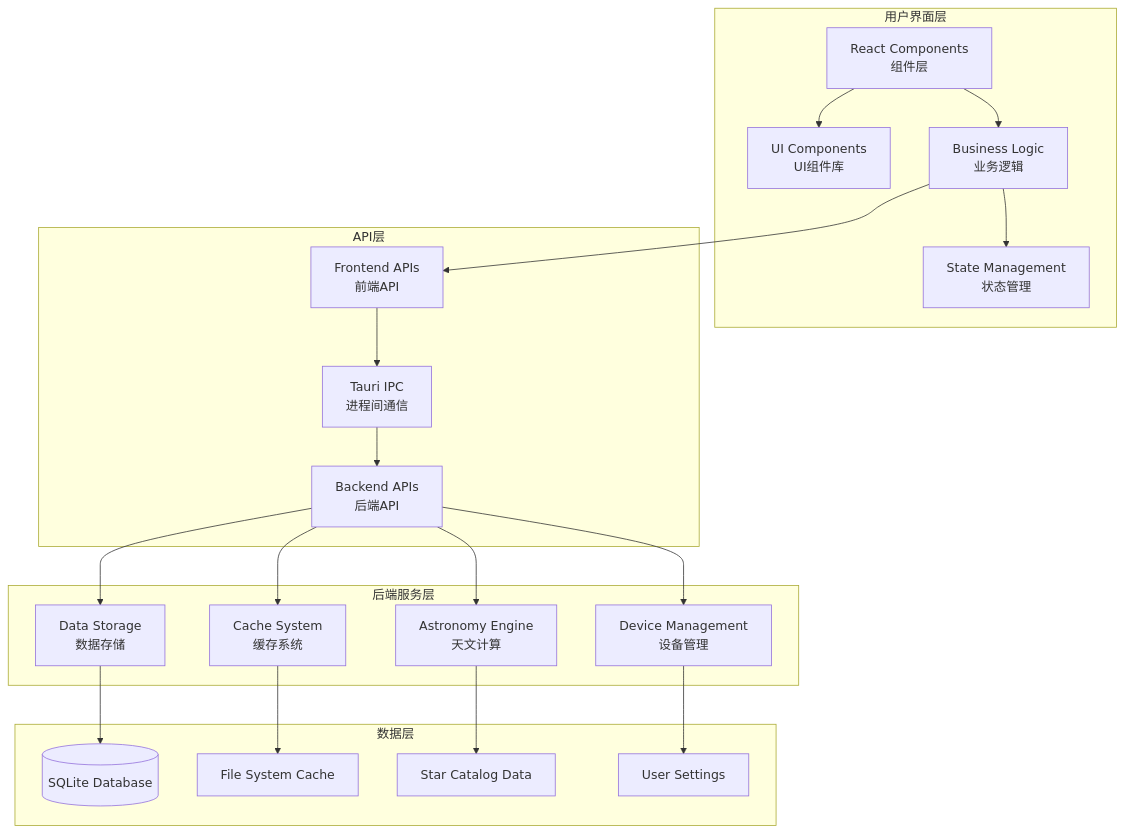
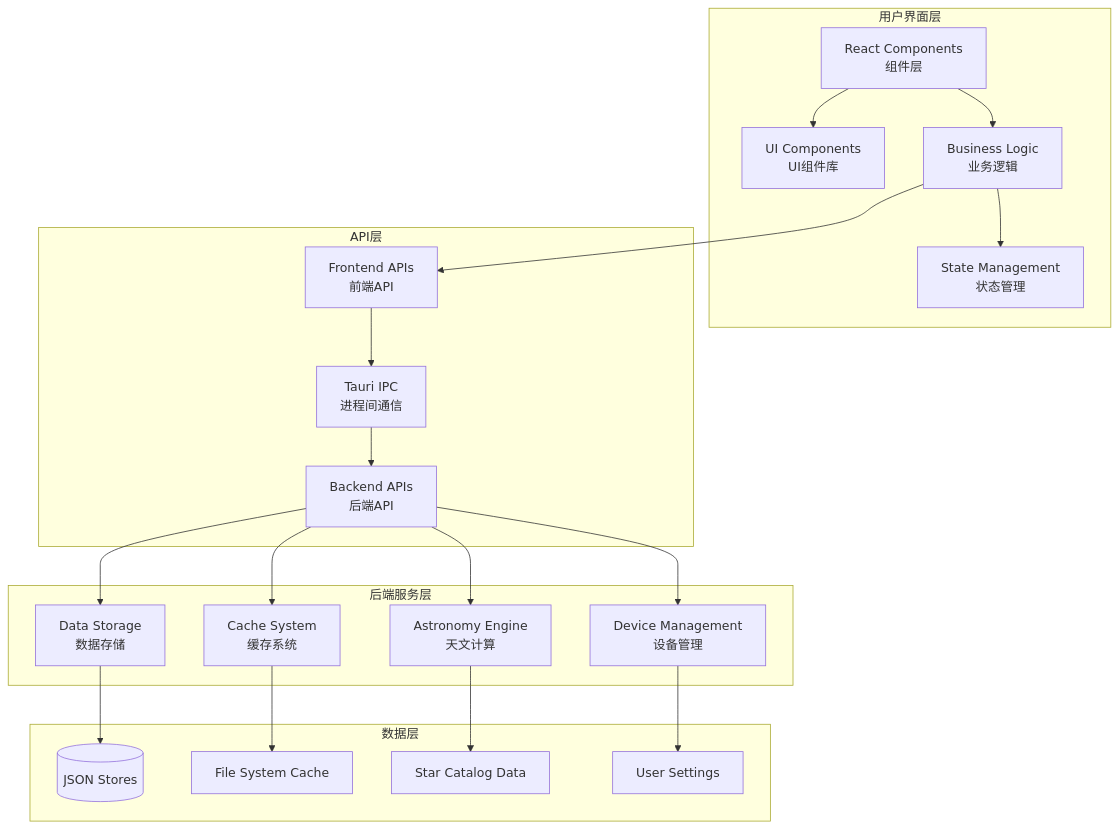
Before and after one commit to AstroAir/skymap-test: the first of 9 diagrams in docs/developer-guide/architecture/overview.md, drawn with Mermaid. The commit also changed other lines of this file and 12 other files, not shown here.

````diff
--- a/docs/developer-guide/architecture/overview.md
+++ b/docs/developer-guide/architecture/overview.md
@@ -11,44 +11,44 @@
 ```mermaid
 graph TB
     subgraph 用户界面层
         A1[React Components<br/>组件层]
         A2[UI Components<br/>UI组件库]
         A3[Business Logic<br/>业务逻辑]
         A4[State Management<br/>状态管理]
     end
 
     subgraph API层
         B1[Frontend APIs<br/>前端API]
         B2[Tauri IPC<br/>进程间通信]
         B3[Backend APIs<br/>后端API]
     end
 
     subgraph 后端服务层
         C1[Astronomy Engine<br/>天文计算]
         C2[Data Storage<br/>数据存储]
         C3[Cache System<br/>缓存系统]
         C4[Device Management<br/>设备管理]
     end
 
     subgraph 数据层
-        D1[(SQLite Database)]
+        D1[(JSON Stores)]
         D2[File System Cache]
         D3[Star Catalog Data]
         D4[User Settings]
     end
 
     A1 --> A2
     A1 --> A3
     A3 --> A4
     A3 --> B1
     B1 --> B2
     B2 --> B3
     B3 --> C1
     B3 --> C2
     B3 --> C3
     B3 --> C4
     C2 --> D1
     C3 --> D2
     C1 --> D3
     C4 --> D4
 ```
````
